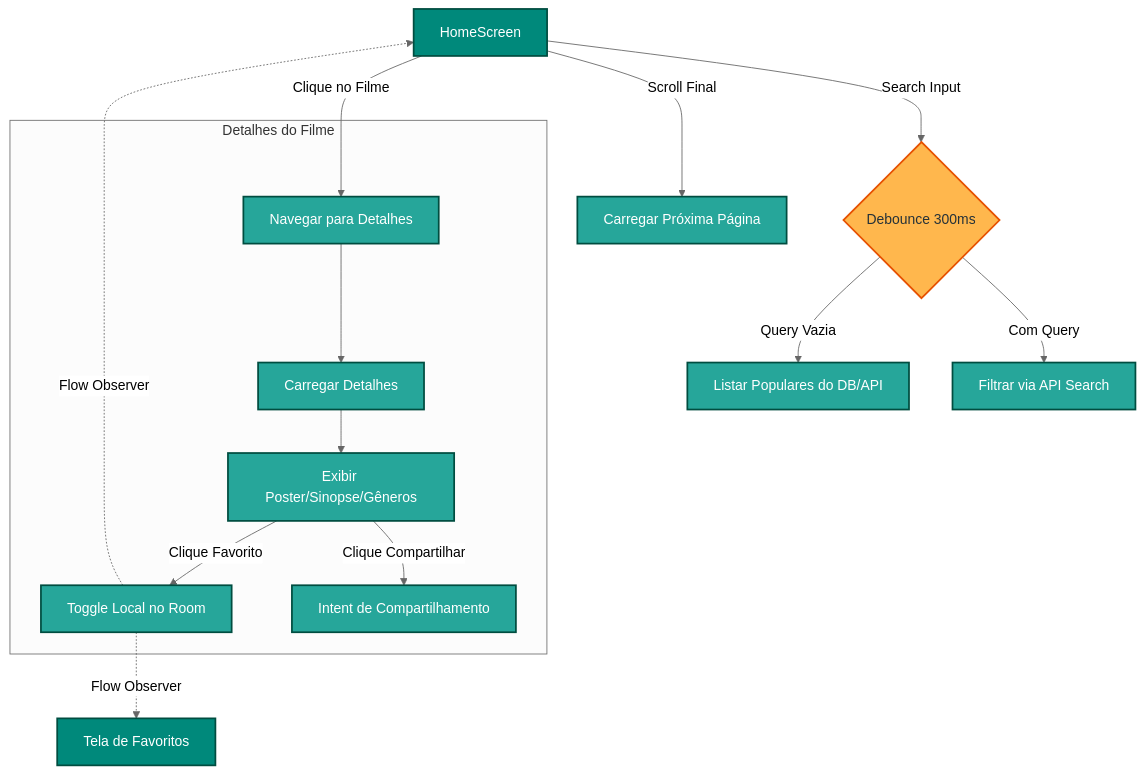
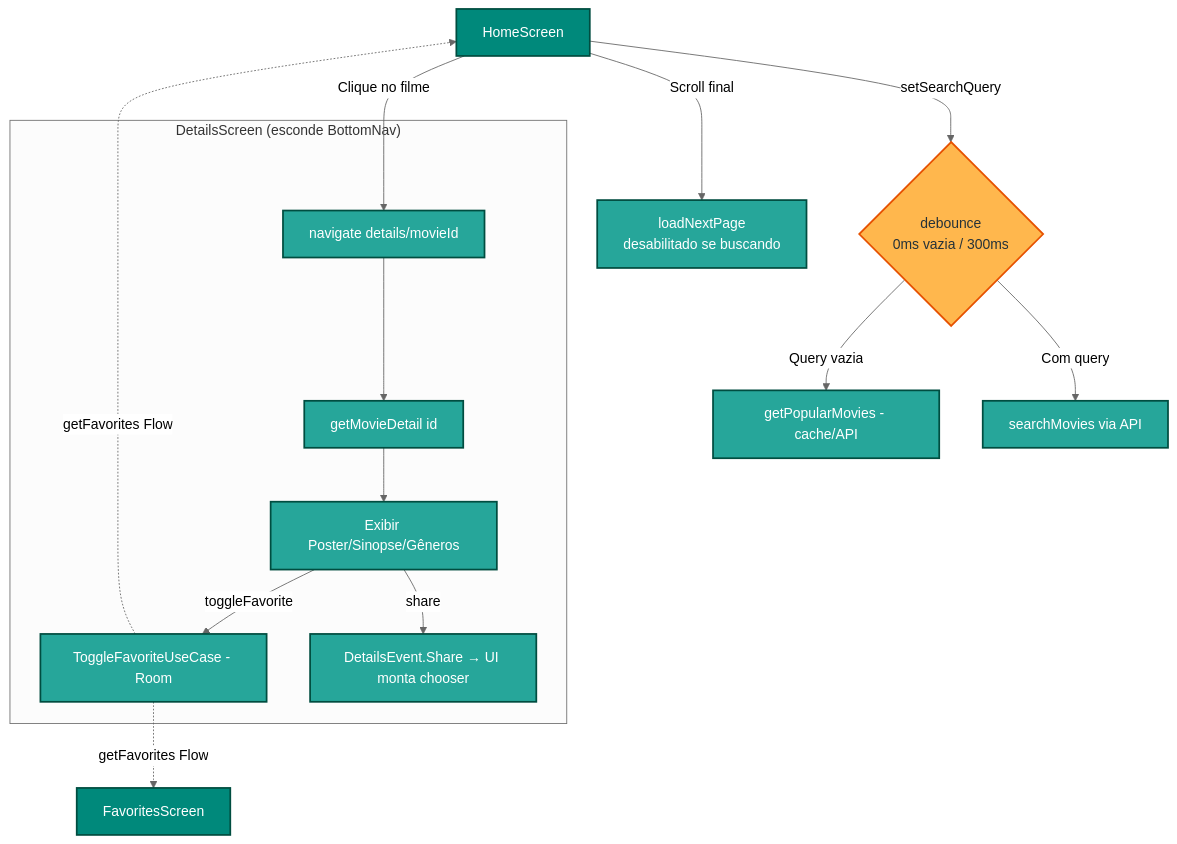
Before and after one commit to victorsantanaa/MovieFlux: the fourth of 9 diagrams in docs/movie_flux_diagrams.md, drawn with Mermaid (neutral theme). The commit also changed other lines of this file, not shown here.

Commit message:
feat: update authentication flow diagrams and enhance data synchronization details

````diff
--- a/docs/movie_flux_diagrams.md
+++ b/docs/movie_flux_diagrams.md
@@ -99,27 +136,27 @@
 ```mermaid
 graph TD
-    A[HomeScreen] -->|Search Input| B{Debounce 300ms}
-    B -->|Query Vazia| C[Listar Populares do DB/API]
-    B -->|Com Query| D[Filtrar via API Search]
+    A[HomeScreen] -->|setSearchQuery| B{debounce<br/>0ms vazia / 300ms}
+    B -->|Query vazia| C[getPopularMovies - cache/API]
+    B -->|Com query| D[searchMovies via API]
 
-    A -->|Scroll Final| E[Carregar Próxima Página]
-    A -->|Clique no Filme| F[Navegar para Detalhes]
+    A -->|Scroll final| E[loadNextPage<br/>desabilitado se buscando]
+    A -->|Clique no filme| F[navigate details/movieId]
 
-    subgraph Detalhes ["Detalhes do Filme"]
-        F --> G[Carregar Detalhes]
+    subgraph Detalhes ["DetailsScreen (esconde BottomNav)"]
+        F --> G[getMovieDetail id]
         G --> H[Exibir Poster/Sinopse/Gêneros]
-        H -->|Clique Favorito| I[Toggle Local no Room]
-        H -->|Clique Compartilhar| J[Intent de Compartilhamento]
+        H -->|toggleFavorite| I[ToggleFavoriteUseCase - Room]
+        H -->|share| J[DetailsEvent.Share → UI monta chooser]
     end
 
-    I -.->|Flow Observer| A
-    I -.->|Flow Observer| K[Tela de Favoritos]
+    I -.->|getFavorites Flow| A
+    I -.->|getFavorites Flow| K[FavoritesScreen]
 
     classDef screen fill:#00897B,stroke:#004D40,color:#FFFFFF,stroke-width:2px
     classDef decision fill:#FFB74D,stroke:#E65100,color:#263238,stroke-width:2px
     classDef action fill:#26A69A,stroke:#004D40,color:#FFFFFF,stroke-width:2px
 
     class A,K screen
     class B decision
     class C,D,E,F,G,H,I,J action
 ```
````
